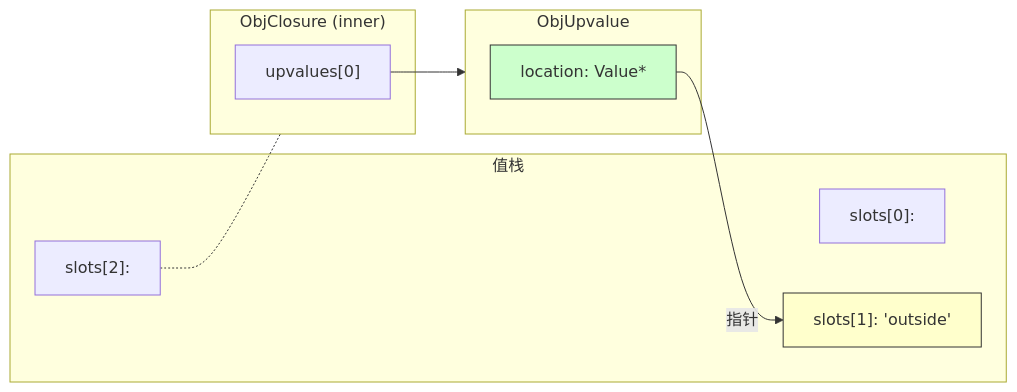
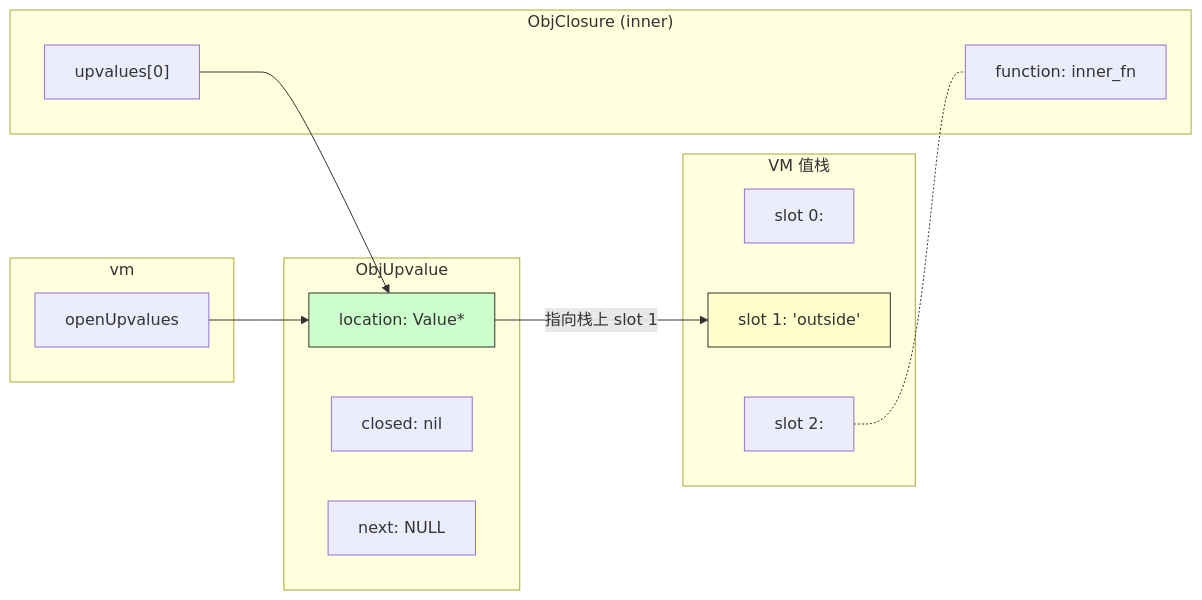
Before and after one commit to LovePlayCode/learn-compilation-c: diagram 14 of 18 in learn/闭包实现全流程分析.md, drawn with Mermaid. The commit also changed other lines of this file and 1 other file, not shown here.

````diff
--- a/learn/闭包实现全流程分析.md
+++ b/learn/闭包实现全流程分析.md
@@ -423,23 +903,31 @@
 ```mermaid
 graph LR
-    subgraph 值栈
-        slot0["slots[0]: <closure outer>"]
-        slot1["slots[1]: 'outside'"]
-        slot2["slots[2]: <closure inner>"]
+    subgraph "VM 值栈"
+        s0["slot 0: <closure_outer>"]
+        s1["slot 1: 'outside'"]
+        s2["slot 2: <closure_inner>"]
     end
 
-    subgraph inner_closure ["ObjClosure (inner)"]
-        upvalues_arr["upvalues[0]"]
+    subgraph "ObjClosure (inner)"
+        ic_fn["function: inner_fn"]
+        ic_uv["upvalues[0]"]
     end
 
-    subgraph upvalue_obj ["ObjUpvalue"]
-        location["location: Value*"]
+    subgraph "ObjUpvalue"
+        uv_loc["location: Value*"]
+        uv_closed["closed: nil"]
+        uv_next["next: NULL"]
     end
 
-    slot2 -.- inner_closure
-    upvalues_arr --> upvalue_obj
-    location -->|"指针"| slot1
+    subgraph "vm"
+        open["openUpvalues"]
+    end
 
-    style slot1 fill:#ffffcc,stroke:#333
-    style location fill:#ccffcc,stroke:#333
+    s2 -.- ic_fn
+    ic_uv --> uv_loc
+    uv_loc -->|"指向栈上 slot 1"| s1
+    open --> uv_loc
+
+    style s1 fill:#ffffcc,stroke:#333
+    style uv_loc fill:#ccffcc,stroke:#333
 ```
````
